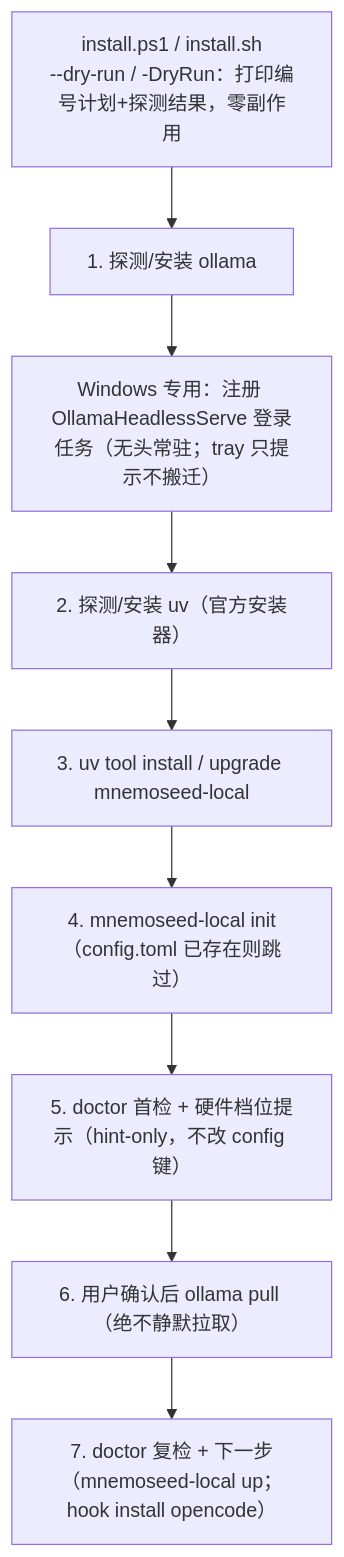
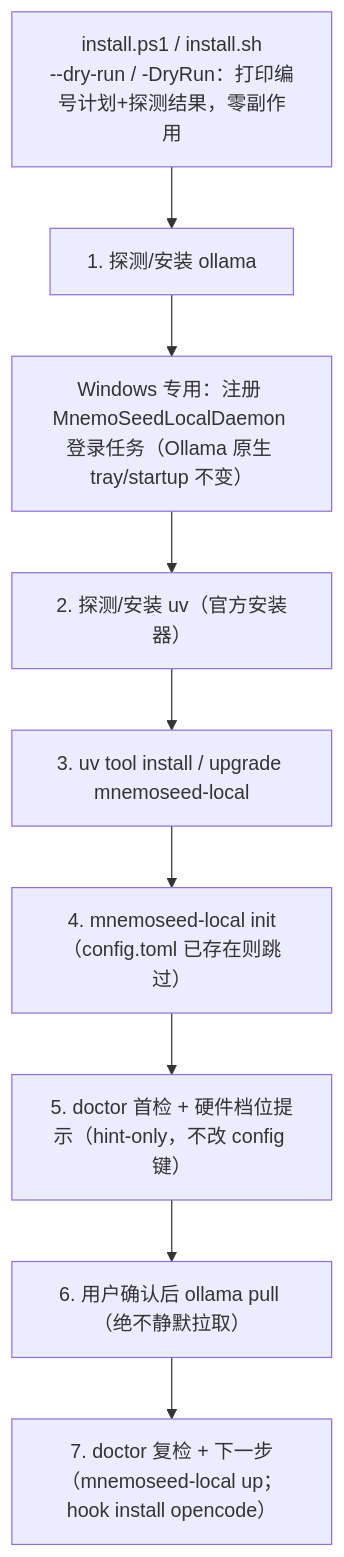
The third of 3 diagrams in docs/zh/design/05-host-integration.md (MnemoSeed/mnemoseed-local), drawn with Mermaid before and after one commit. The commit also changed other lines of this file and 35 other files, not shown here.

Commit message:
fix(daemon): start at Windows logon without Ollama

````diff
--- a/docs/zh/design/05-host-integration.md
+++ b/docs/zh/design/05-host-integration.md
@@ -90,11 +90,11 @@
 ```mermaid
 flowchart TB
     A["install.ps1 / install.sh<br/>--dry-run / -DryRun：打印编号计划+探测结果，零副作用"] --> B["1. 探测/安装 ollama"]
-    B --> C["Windows 专用：注册 OllamaHeadlessServe 登录任务（无头常驻；tray 只提示不搬迁）"]
+    B --> C["Windows 专用：注册 MnemoSeedLocalDaemon 登录任务（Ollama 原生 tray/startup 不变）"]
     C --> D["2. 探测/安装 uv（官方安装器）"]
     D --> E["3. uv tool install / upgrade mnemoseed-local"]
     E --> F["4. mnemoseed-local init（config.toml 已存在则跳过）"]
     F --> G["5. doctor 首检 + 硬件档位提示（hint-only，不改 config 键）"]
     G --> H["6. 用户确认后 ollama pull <dream model>（绝不静默拉取）"]
     H --> I["7. doctor 复检 + 下一步（mnemoseed-local up；hook install opencode）"]
 ```
````
